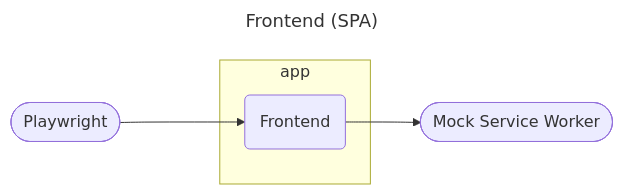
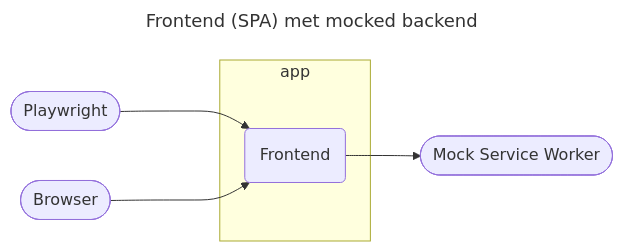
One commit to kiesraad/abacus changed the fourth of 6 diagrams in documentatie/ontwikkelproces/testsoorten-en-testtooling.md. Above: the diagram before and after it, drawn with Mermaid. The commit also changed other lines of this file, not shown here.

````diff
--- a/documentatie/ontwikkelproces/testsoorten-en-testtooling.md
+++ b/documentatie/ontwikkelproces/testsoorten-en-testtooling.md
@@ -57,18 +73,20 @@
 ```mermaid
 ---
-title: Frontend (SPA)
+title: Frontend (SPA) met mocked backend
 ---
 flowchart LR
     fe(Frontend)
 
     playwright([Playwright])
+    browser([Browser])
     msw([Mock Service Worker])
 
     playwright ---> fe
+    browser ---> fe
 
     subgraph app
         fe
     end
 
     fe --> msw
 ```
````
